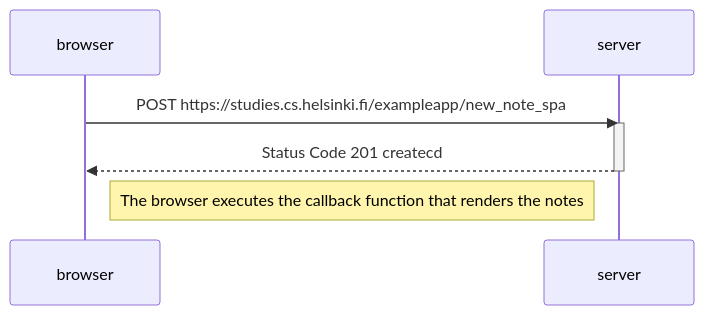
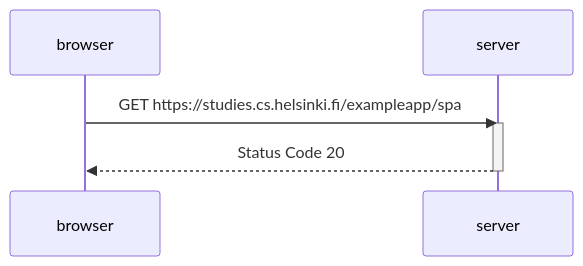
One commit to Avensi/moocfullstack2023 changed the diagram in part0/Single app diagram.md. Above: the diagram before and after it, drawn with Mermaid.

Commit message:
Update Single app diagram.md

````diff
--- a/part0/Single app diagram.md
+++ b/part0/Single app diagram.md
@@ -1,12 +1,11 @@
 ```mermaid
 sequenceDiagram
     participant browser
     participant server
 
-    browser->>server: POST  https://studies.cs.helsinki.fi/exampleapp/new_note_spa
+    browser->>server: GET  https://studies.cs.helsinki.fi/exampleapp/spa
     activate server
-    server-->>browser: Status Code 201 createcd
+    server-->>browser: Status Code 20 
     deactivate server
 
-    Note right of browser: The browser executes the callback function that renders the notes
    ```
````
